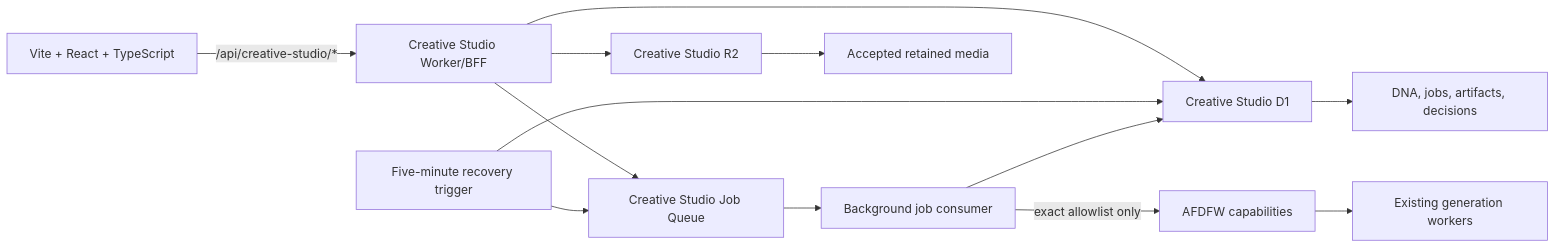
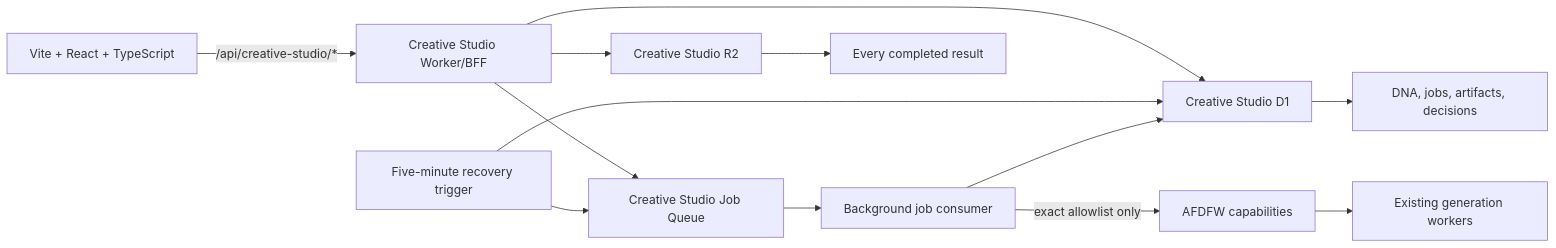
Before and after one commit to AngeloTobo/Creative-Studio: the diagram in docs/ARCHITECTURE.md, drawn with Mermaid. The commit also changed other lines of this file and 15 other files, not shown here.

Commit message:
Retain every completed generation

````diff
--- a/docs/ARCHITECTURE.md
+++ b/docs/ARCHITECTURE.md
@@ -5,15 +5,15 @@
 ```mermaid
 flowchart LR
   UI["Vite + React + TypeScript"] -->|"/api/creative-studio/*"| BFF["Creative Studio Worker/BFF"]
   BFF --> D1["Creative Studio D1"]
   BFF --> Q["Creative Studio Job Queue"]
   CRON["Five-minute recovery trigger"] --> D1
   CRON --> Q
   Q --> WORKER["Background job consumer"]
   WORKER --> D1
   BFF --> R2["Creative Studio R2"]
   WORKER -->|"exact allowlist only"| AF["AFDFW capabilities"]
   AF --> GEN["Existing generation workers"]
   D1 --> HIST["DNA, jobs, artifacts, decisions"]
-  R2 --> MEDIA["Accepted retained media"]
+  R2 --> MEDIA["Every completed result"]
 ```
````
